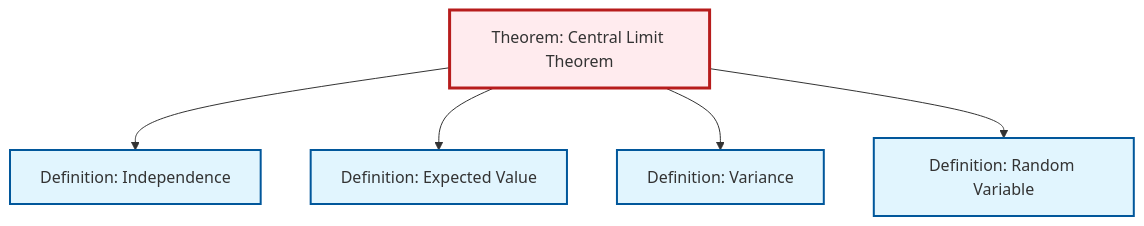
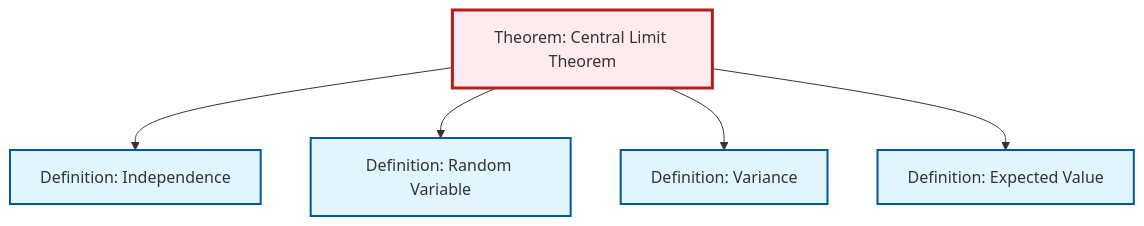
One commit to RK0429/ModernMath changed the second of 2 diagrams in content/en/probability-statistics/thm-central-limit.qmd. Above: the diagram before and after it, drawn with Mermaid. The commit also changed other lines of this file and 619 other files, not shown here.

````diff
--- a/content/en/probability-statistics/thm-central-limit.qmd
+++ b/content/en/probability-statistics/thm-central-limit.qmd
@@ -109,23 +109,23 @@
 ```{mermaid}
 %%| fig-cap: "Local dependency graph"
 graph TD
     classDef definition fill:#e1f5fe,stroke:#01579b,stroke-width:2px
     classDef theorem fill:#f3e5f5,stroke:#4a148c,stroke-width:2px
     classDef axiom fill:#fff3e0,stroke:#e65100,stroke-width:2px
     classDef example fill:#e8f5e9,stroke:#1b5e20,stroke-width:2px
     classDef current fill:#ffebee,stroke:#b71c1c,stroke-width:3px
-    def-variance["Definition: Variance"]:::definition
+    thm-central-limit["Theorem: Central Limit Theorem"]:::theorem
     def-expectation["Definition: Expected Value"]:::definition
     def-random-variable["Definition: Random Variable"]:::definition
+    def-variance["Definition: Variance"]:::definition
     def-independence["Definition: Independence"]:::definition
-    thm-central-limit["Theorem: Central Limit Theorem"]:::theorem
     thm-central-limit --> def-independence
+    thm-central-limit --> def-random-variable
+    thm-central-limit --> def-variance
     thm-central-limit --> def-expectation
-    thm-central-limit --> def-variance
-    thm-central-limit --> def-random-variable
     class thm-central-limit current
-    click def-variance "def-variance.html" "Go to Variance definition"
     click def-expectation "def-expectation.html" "Go to Expected Value definition"
     click def-random-variable "def-random-variable.html" "Go to Random Variable definition"
+    click def-variance "def-variance.html" "Go to Variance definition"
     click def-independence "def-independence.html" "Go to Independence definition"
 ```
````
